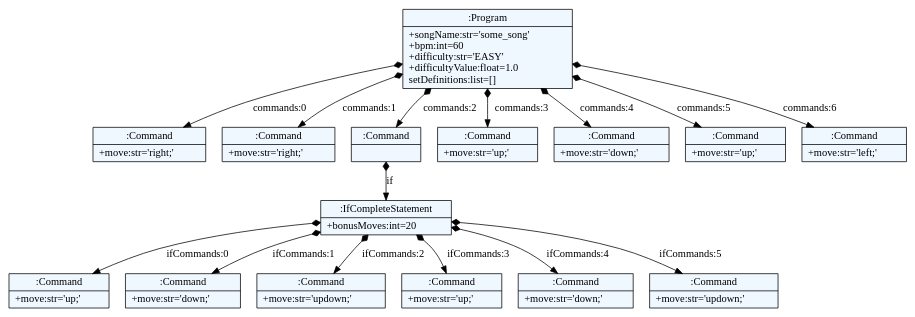
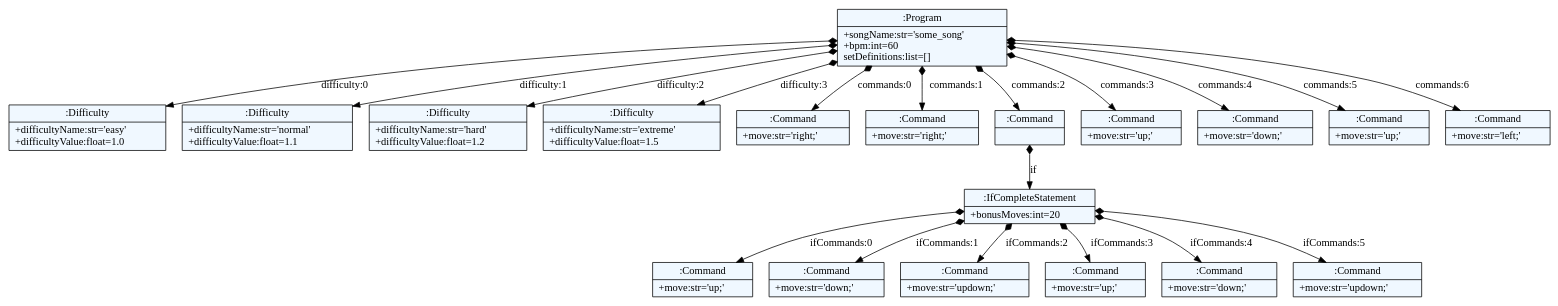
Before and after one commit to JanosevicRa177/JSD-Tim-2: the diagram in level.dot, drawn with Graphviz. The commit also changed 6 other files, not shown here.

```diff
--- a/level.dot
+++ b/level.dot
@@ -1,44 +1,52 @@
 
     digraph textX {
     fontname = "Bitstream Vera Sans"
     fontsize = 8
     node[
         shape=record,
         style=filled,
         fillcolor=aliceblue
     ]
     nodesep = 0.3
     edge[dir=black,arrowtail=empty]
 
 
-2303838141376 -> 2303838141520 [label="commands:0" arrowtail=diamond dir=both]
-2303838141520[label="{:Command|+move:str='right;'\l}"]
-2303838141376 -> 2303838141568 [label="commands:1" arrowtail=diamond dir=both]
-2303838141568[label="{:Command|+move:str='right;'\l}"]
-2303838141376 -> 2303838141664 [label="commands:2" arrowtail=diamond dir=both]
-2303838141664 -> 2303838141808 [label="if" arrowtail=diamond dir=both]
-2303838141808 -> 2303838142000 [label="ifCommands:0" arrowtail=diamond dir=both]
-2303838142000[label="{:Command|+move:str='up;'\l}"]
-2303838141808 -> 2303838142048 [label="ifCommands:1" arrowtail=diamond dir=both]
-2303838142048[label="{:Command|+move:str='down;'\l}"]
-2303838141808 -> 2303838142144 [label="ifCommands:2" arrowtail=diamond dir=both]
-2303838142144[label="{:Command|+move:str='updown;'\l}"]
-2303838141808 -> 2303838142240 [label="ifCommands:3" arrowtail=diamond dir=both]
-2303838142240[label="{:Command|+move:str='up;'\l}"]
-2303838141808 -> 2303838142336 [label="ifCommands:4" arrowtail=diamond dir=both]
-2303838142336[label="{:Command|+move:str='down;'\l}"]
-2303838141808 -> 2303838142432 [label="ifCommands:5" arrowtail=diamond dir=both]
-2303838142432[label="{:Command|+move:str='updown;'\l}"]
-2303838141808[label="{:IfCompleteStatement|+bonusMoves:int=20\l}"]
-2303838141664[label="{:Command|}"]
-2303838141376 -> 2303838141760 [label="commands:3" arrowtail=diamond dir=both]
-2303838141760[label="{:Command|+move:str='up;'\l}"]
-2303838141376 -> 2303838141856 [label="commands:4" arrowtail=diamond dir=both]
-2303838141856[label="{:Command|+move:str='down;'\l}"]
-2303838141376 -> 2303838141952 [label="commands:5" arrowtail=diamond dir=both]
-2303838141952[label="{:Command|+move:str='up;'\l}"]
-2303838141376 -> 2303838273760 [label="commands:6" arrowtail=diamond dir=both]
-2303838273760[label="{:Command|+move:str='left;'\l}"]
-2303838141376[label="{:Program|+songName:str='some_song'\l+bpm:int=60\l+difficulty:str='EASY'\l+difficultyValue:float=1.0\lsetDefinitions:list=[]\l}"]
+1926853620176 -> 1926853612208 [label="difficulty:0" arrowtail=diamond dir=both]
+1926853612208[label="{:Difficulty|+difficultyName:str='easy'\l+difficultyValue:float=1.0\l}"]
+1926853620176 -> 1926853607984 [label="difficulty:1" arrowtail=diamond dir=both]
+1926853607984[label="{:Difficulty|+difficultyName:str='normal'\l+difficultyValue:float=1.1\l}"]
+1926853620176 -> 1926853621232 [label="difficulty:2" arrowtail=diamond dir=both]
+1926853621232[label="{:Difficulty|+difficultyName:str='hard'\l+difficultyValue:float=1.2\l}"]
+1926853620176 -> 1926853608608 [label="difficulty:3" arrowtail=diamond dir=both]
+1926853608608[label="{:Difficulty|+difficultyName:str='extreme'\l+difficultyValue:float=1.5\l}"]
+1926853620176 -> 1926853613312 [label="commands:0" arrowtail=diamond dir=both]
+1926853613312[label="{:Command|+move:str='right;'\l}"]
+1926853620176 -> 1926853619984 [label="commands:1" arrowtail=diamond dir=both]
+1926853619984[label="{:Command|+move:str='right;'\l}"]
+1926853620176 -> 1926853611824 [label="commands:2" arrowtail=diamond dir=both]
+1926853611824 -> 1926853615856 [label="if" arrowtail=diamond dir=both]
+1926853615856 -> 1926853616528 [label="ifCommands:0" arrowtail=diamond dir=both]
+1926853616528[label="{:Command|+move:str='up;'\l}"]
+1926853615856 -> 1926853610960 [label="ifCommands:1" arrowtail=diamond dir=both]
+1926853610960[label="{:Command|+move:str='down;'\l}"]
+1926853615856 -> 1926853618400 [label="ifCommands:2" arrowtail=diamond dir=both]
+1926853618400[label="{:Command|+move:str='updown;'\l}"]
+1926853615856 -> 1926853610000 [label="ifCommands:3" arrowtail=diamond dir=both]
+1926853610000[label="{:Command|+move:str='up;'\l}"]
+1926853615856 -> 1926853607936 [label="ifCommands:4" arrowtail=diamond dir=both]
+1926853607936[label="{:Command|+move:str='down;'\l}"]
+1926853615856 -> 1926853621136 [label="ifCommands:5" arrowtail=diamond dir=both]
+1926853621136[label="{:Command|+move:str='updown;'\l}"]
+1926853615856[label="{:IfCompleteStatement|+bonusMoves:int=20\l}"]
+1926853611824[label="{:Command|}"]
+1926853620176 -> 1926853616192 [label="commands:3" arrowtail=diamond dir=both]
+1926853616192[label="{:Command|+move:str='up;'\l}"]
+1926853620176 -> 1926853617200 [label="commands:4" arrowtail=diamond dir=both]
+1926853617200[label="{:Command|+move:str='down;'\l}"]
+1926853620176 -> 1926853621040 [label="commands:5" arrowtail=diamond dir=both]
+1926853621040[label="{:Command|+move:str='up;'\l}"]
+1926853620176 -> 1926853620896 [label="commands:6" arrowtail=diamond dir=both]
+1926853620896[label="{:Command|+move:str='left;'\l}"]
+1926853620176[label="{:Program|+songName:str='some_song'\l+bpm:int=60\lsetDefinitions:list=[]\l}"]
 
 }
```
